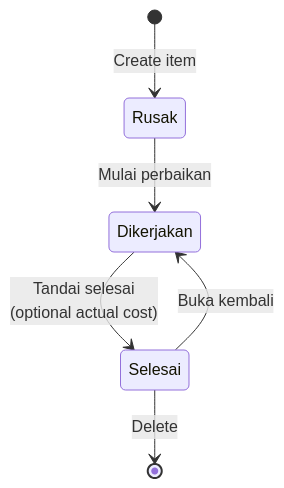
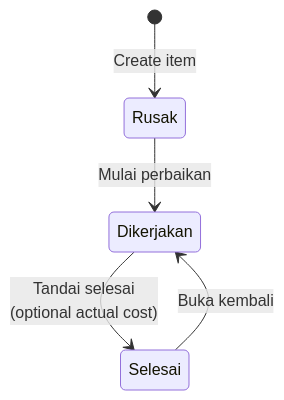
The third of 3 diagrams in design/flowchart.md (izayoilv/kosfix-app), drawn with Mermaid before and after one commit.

Commit message:
docs: separate deletion from the repair lifecycle
The status diagram now shows only the repair transitions; deletion is described separately because it is available from every state.

````diff
--- a/design/flowchart.md
+++ b/design/flowchart.md
@@ -46,8 +46,7 @@
 ```mermaid
 stateDiagram-v2
   [*] --> Rusak: Create item
   Rusak --> Dikerjakan: Mulai perbaikan
   Dikerjakan --> Selesai: Tandai selesai<br/>(optional actual cost)
   Selesai --> Dikerjakan: Buka kembali
-  Selesai --> [*]: Delete
 ```
````
